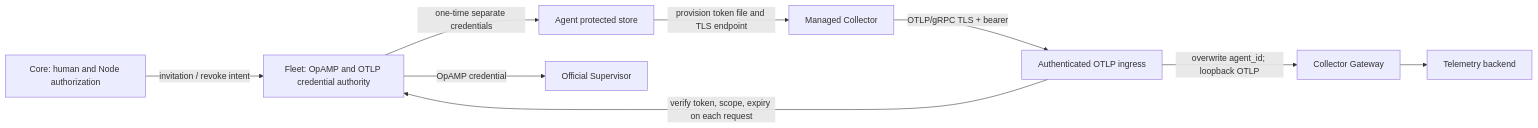
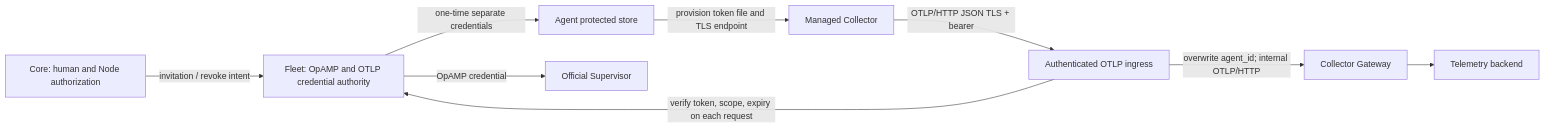
One commit to AR-IMMS/telemetry-agent changed the first of 2 diagrams in docs/local/plans/secure-otlp-ingestion.md. Above: the diagram before and after it, drawn with Mermaid. The commit also changed other lines of this file and 2 other files, not shown here.

Commit message:
feat: use TLS OTLP HTTP JSON for Fleet export

````diff
--- a/docs/local/plans/secure-otlp-ingestion.md
+++ b/docs/local/plans/secure-otlp-ingestion.md
@@ -20,11 +20,11 @@
 ```mermaid
 flowchart LR
   Core[Core: human and Node authorization] -->|invitation / revoke intent| Fleet[Fleet: OpAMP and OTLP credential authority]
   Fleet -->|one-time separate credentials| Agent[Agent protected store]
   Agent -->|provision token file and TLS endpoint| Collector[Managed Collector]
-  Collector -->|OTLP/gRPC TLS + bearer| Ingress[Authenticated OTLP ingress]
+  Collector -->|OTLP/HTTP JSON TLS + bearer| Ingress[Authenticated OTLP ingress]
   Ingress -->|verify token, scope, expiry on each request| Fleet
-  Ingress -->|overwrite agent_id; loopback OTLP| Gateway[Collector Gateway]
+  Ingress -->|overwrite agent_id; internal OTLP/HTTP| Gateway[Collector Gateway]
   Gateway --> Backend[Telemetry backend]
   Fleet -->|OpAMP credential| Supervisor[Official Supervisor]
 ```
````
